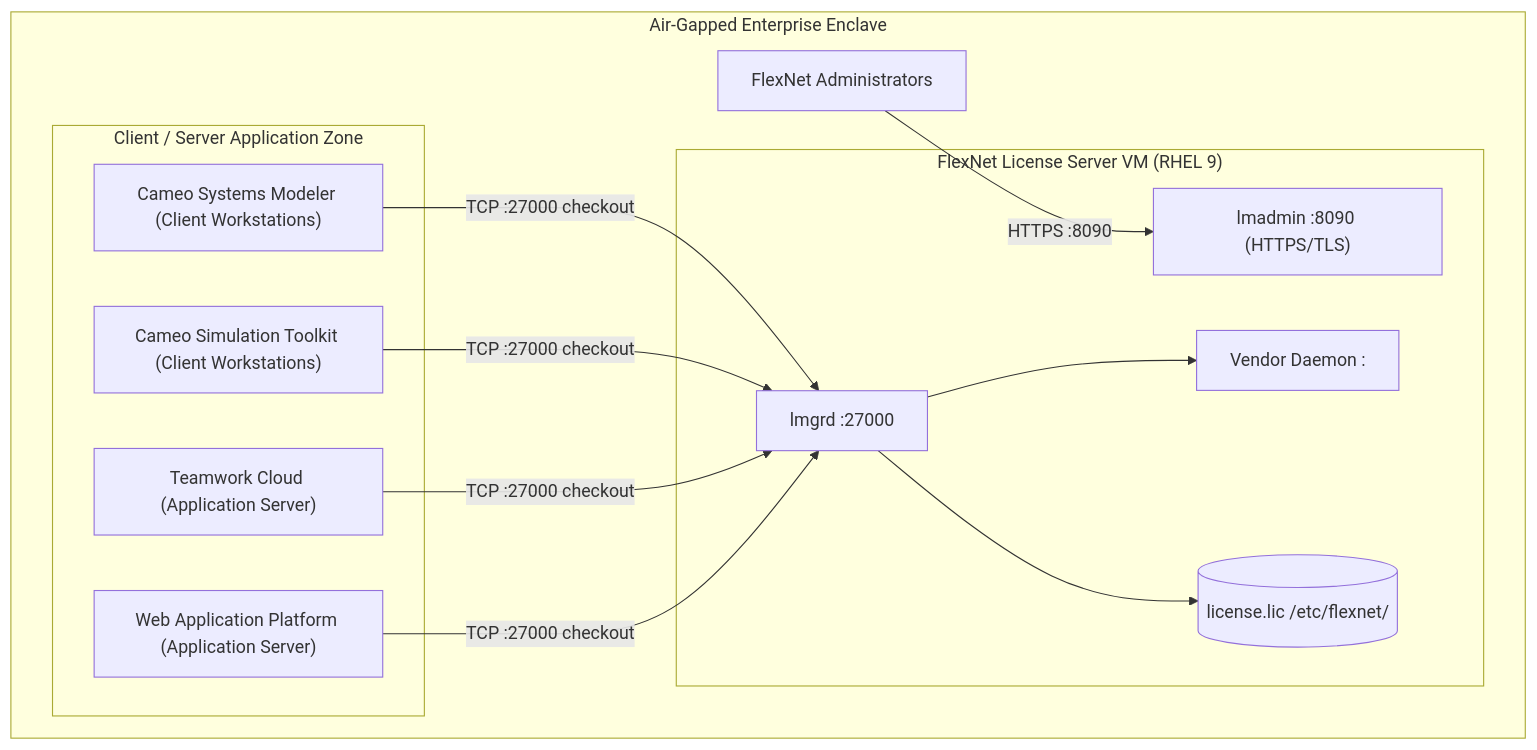
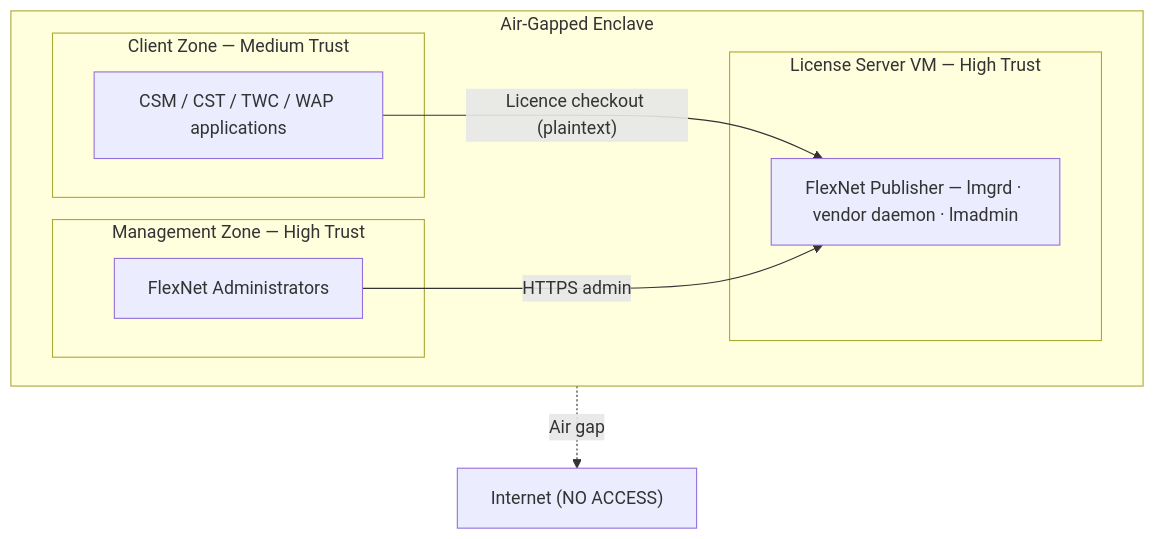
The fourth of 7 diagrams in test.md (DXCSithlordPadawan/cameo), drawn with Mermaid before and after one commit. The commit also changed other lines of this file, not shown here.

````diff
--- a/test.md
+++ b/test.md
@@ -193,21 +241,18 @@
 ```mermaid
 graph TD
-    subgraph AIRGAP["Air-Gapped Enterprise Enclave"]
-        subgraph CLIENTS["Client / Server Application Zone"]
-            CSM["Cameo Systems Modeler (Client Workstations)"]
-            CST["Cameo Simulation Toolkit (Client Workstations)"]
-            TWC["Teamwork Cloud (Application Server)"]
-            WAP["Web Application Platform (Application Server)"]
+    subgraph ENCLAVE["Air-Gapped Enclave"]
+        subgraph CLIENT_ZONE["Client Zone — Medium Trust"]
+            CT["CSM / CST / TWC / WAP applications"]
         end
-        subgraph LSVM["FlexNet License Server VM (RHEL 9)"]
-            lmgrd["lmgrd :27000"]
-            vendor["Vendor Daemon :<VENDOR_DAEMON_PORT>"]
-            lmadmin["lmadmin :8090 (HTTPS/TLS)"]
-            licfile[("license.lic /etc/flexnet/")]
+        subgraph MGMT_ZONE["Management Zone — High Trust"]
+            ADM["FlexNet Administrators"]
         end
-        ADMIN["FlexNet Administrators"] -->|"HTTPS :8090"| lmadmin
-        CSM & CST & TWC & WAP -->|"TCP :27000 checkout"| lmgrd
-        lmgrd --> vendor
-        lmgrd --> licfile
+        subgraph LSVM_ZONE["License Server VM — High Trust"]
+            LS["FlexNet Publisher — lmgrd · vendor daemon · lmadmin"]
+        end
+        CT -->|"Licence checkout (plaintext)"| LS
+        ADM -->|"HTTPS admin"| LS
     end
+    INTERNET["Internet (NO ACCESS)"]
+    ENCLAVE -.->|"Air gap"| INTERNET
 ```
````
